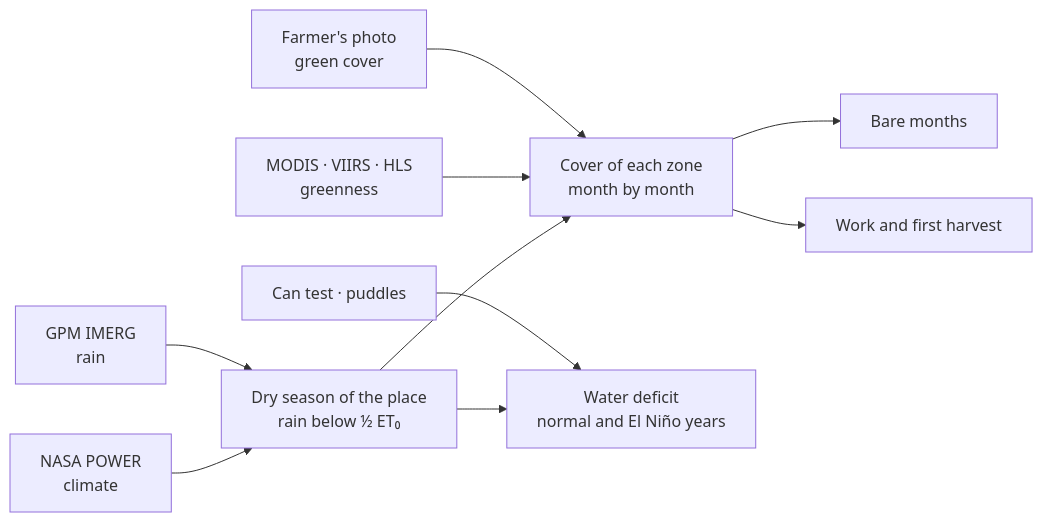
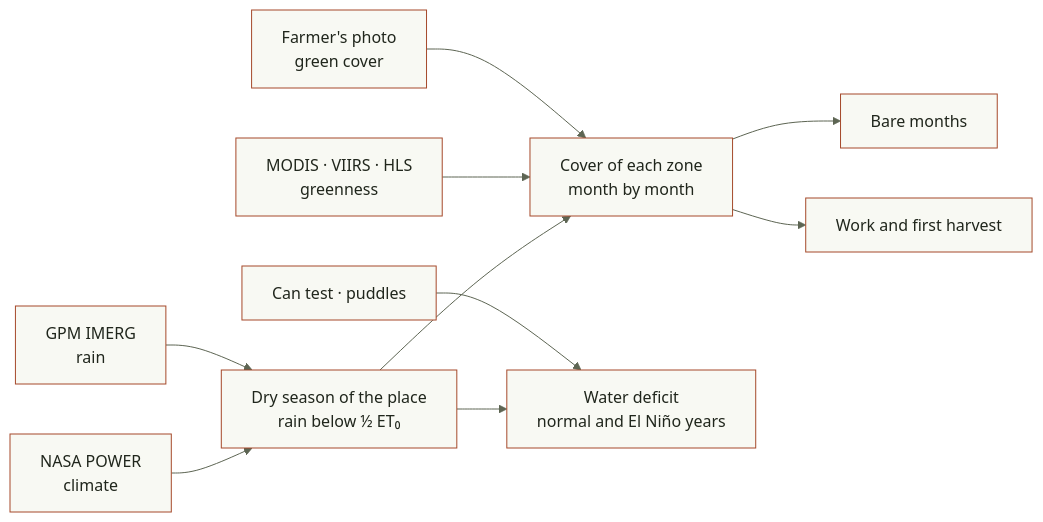
The diagram in README.md (cpu-16/surco), drawn with Mermaid before and after one commit.

Commit message:
README: diagrama con los colores de Surco

````diff
--- a/README.md
+++ b/README.md
@@ -42,12 +42,13 @@
 ```mermaid
+%%{init: {'theme': 'base', 'themeVariables': {'primaryColor': '#f8f9f3', 'primaryBorderColor': '#a5492a', 'primaryTextColor': '#20261c', 'lineColor': '#5d6553', 'fontFamily': 'system-ui, sans-serif'}}}%%
 flowchart LR
   POWER["NASA POWER<br/>climate"] --> SECA["Dry season of the place<br/>rain below ½ ET₀"]
   IMERG["GPM IMERG<br/>rain"] --> SECA
   SECA --> COB["Cover of each zone<br/>month by month"]
   VERDE["MODIS · VIIRS · HLS<br/>greenness"] --> COB
   FOTO["Farmer's photo<br/>green cover"] --> COB
   COB --> PEL["Bare months"]
   COB --> TRAB["Work and first harvest"]
   SECA --> AGUA["Water deficit<br/>normal and El Niño years"]
   LATA["Can test · puddles"] --> AGUA
 ```
````
